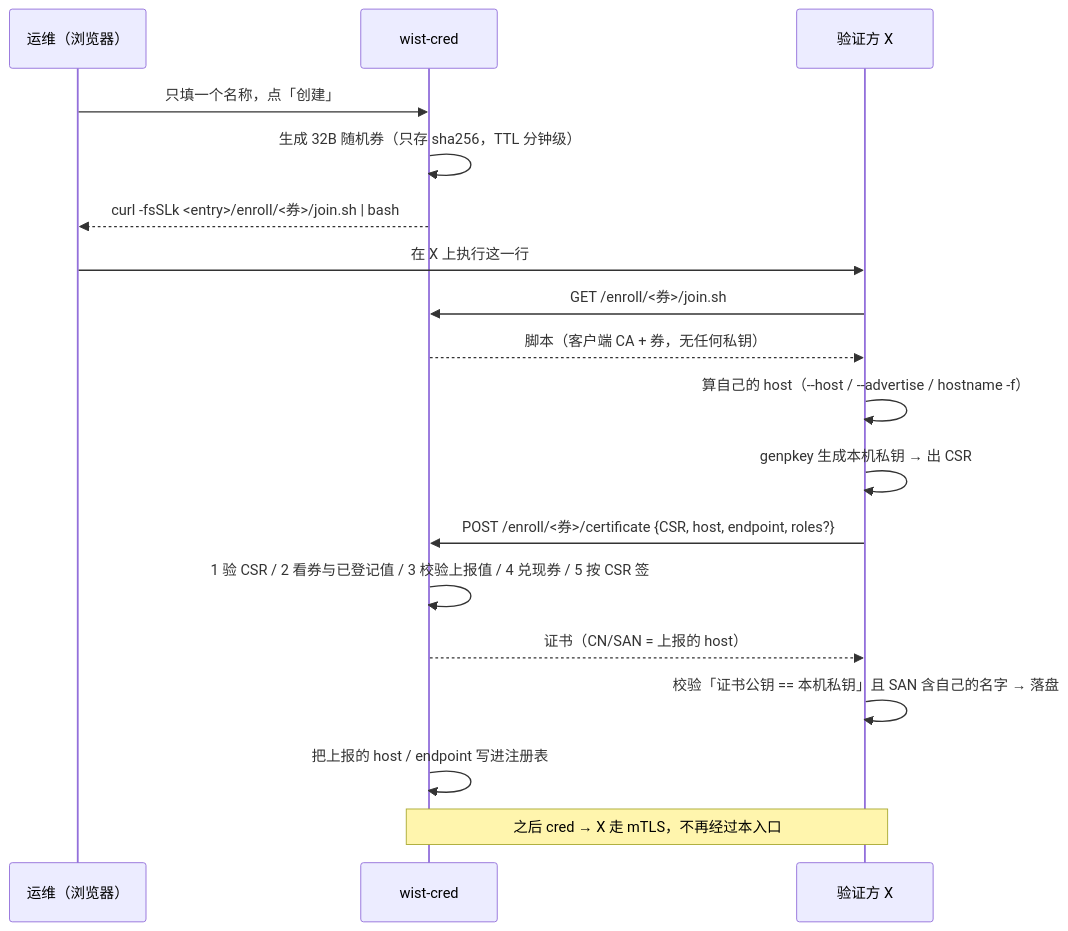
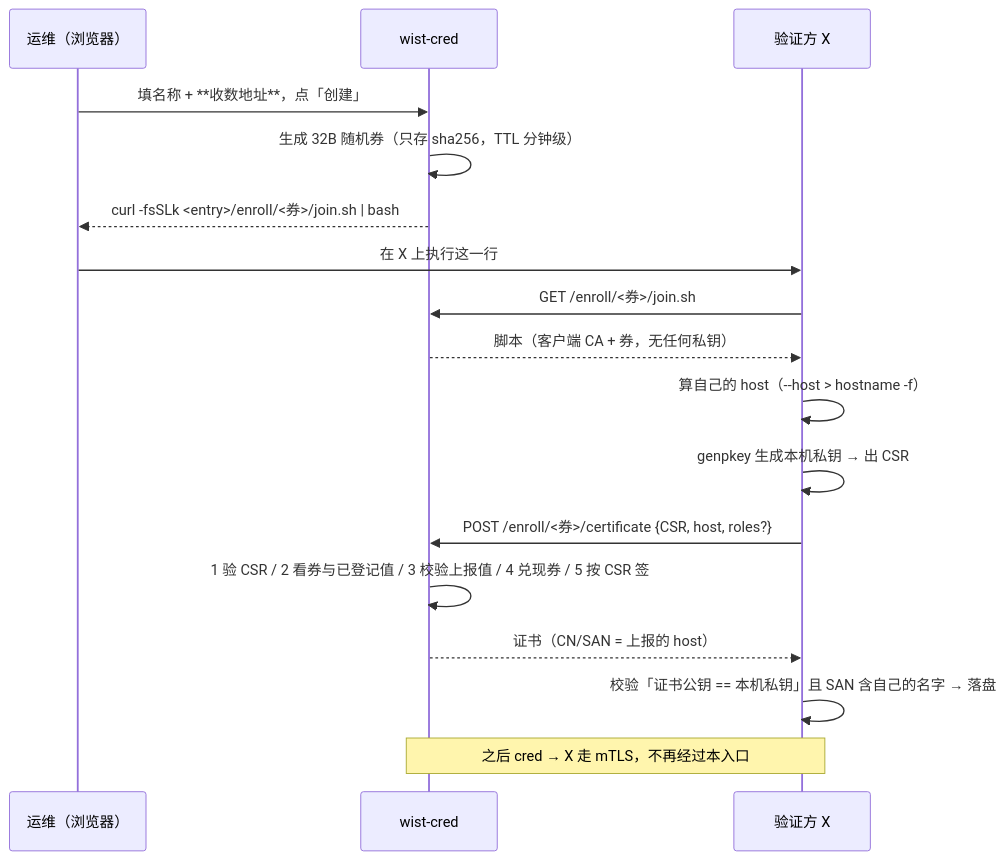
The fourth of 4 diagrams in doc/design/foundation/auth-token-verification.md (dayu-sec/wist-design), drawn with Mermaid before and after one commit. The commit also changed other lines of this file, not shown here.

First line of the commit message:
docs(auth): 收数地址只能由部署登记（删掉 --advertise / --manual 的口子）

````diff
--- a/doc/design/foundation/auth-token-verification.md
+++ b/doc/design/foundation/auth-token-verification.md
@@ -690,21 +690,20 @@
 ```mermaid
 sequenceDiagram
     participant Op as 运维（浏览器）
     participant C as wist-cred
     participant X as 验证方 X
 
-    Op->>C: 只填一个名称，点「创建」
+    Op->>C: 填名称 + **收数地址**，点「创建」
     C->>C: 生成 32B 随机券（只存 sha256，TTL 分钟级）
     C-->>Op: curl -fsSLk <entry>/enroll/<券>/join.sh | bash
     Op->>X: 在 X 上执行这一行
     X->>C: GET /enroll/<券>/join.sh
     C-->>X: 脚本（客户端 CA + 券，无任何私钥）
-    X->>X: 算自己的 host（--host / --advertise / hostname -f）
+    X->>X: 算自己的 host（--host > hostname -f）
     X->>X: genpkey 生成本机私钥 → 出 CSR
-    X->>C: POST /enroll/<券>/certificate {CSR, host, endpoint, roles?}
+    X->>C: POST /enroll/<券>/certificate {CSR, host, roles?}
     C->>C: 1 验 CSR / 2 看券与已登记值 / 3 校验上报值 / 4 兑现券 / 5 按 CSR 签
     C-->>X: 证书（CN/SAN = 上报的 host）
     X->>X: 校验「证书公钥 == 本机私钥」且 SAN 含自己的名字 → 落盘
-    C->>C: 把上报的 host / endpoint 写进注册表
     Note over X,C: 之后 cred → X 走 mTLS，不再经过本入口
 ```
````
